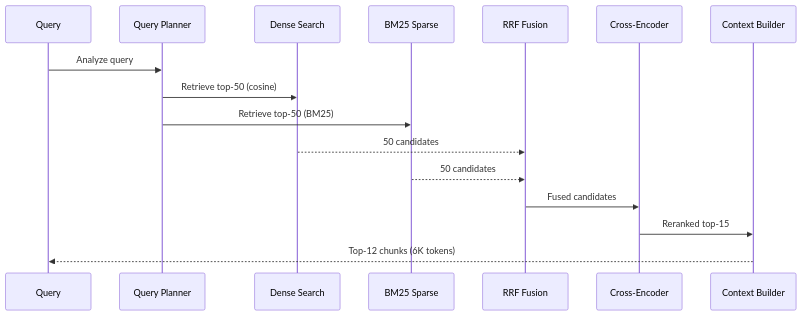
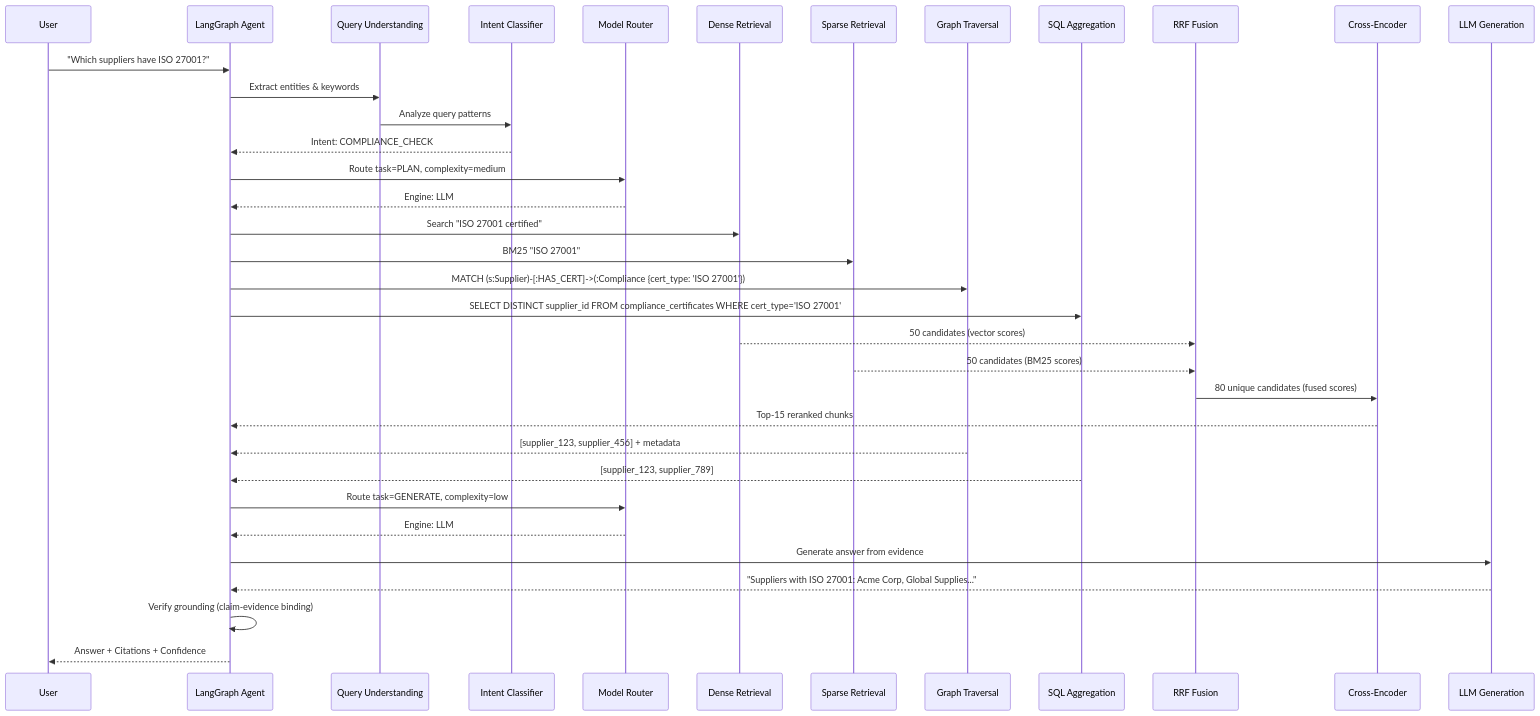
Before and after one commit to Krish-afk-bot/enterprise-procurement-intelligence: the second of 6 diagrams in README.md, drawn with Mermaid. The commit also changed other lines of this file and 1 other file, not shown here.

````diff
--- a/README.md
+++ b/README.md
@@ -209,19 +264,38 @@
 ```mermaid
 sequenceDiagram
-    participant Query
-    participant Plan as Query Planner
-    participant Dense as Dense Search
-    participant Sparse as BM25 Sparse
+    participant User
+    participant Agent as LangGraph Agent
+    participant Understand as Query Understanding
+    participant IntentClass as Intent Classifier
+    participant Router as Model Router
+    participant Dense as Dense Retrieval
+    participant Sparse as Sparse Retrieval
+    participant Graph as Graph Traversal
+    participant SQL as SQL Aggregation
     participant Fusion as RRF Fusion
     participant Rerank as Cross-Encoder
-    participant Context as Context Builder
+    participant LLM as LLM Generation
 
-    Query->>Plan: Analyze query
-    Plan->>Dense: Retrieve top-50 (cosine)
-    Plan->>Sparse: Retrieve top-50 (BM25)
-    Dense-->>Fusion: 50 candidates
-    Sparse-->>Fusion: 50 candidates
-    Fusion->>Rerank: Fused candidates
-    Rerank->>Context: Reranked top-15
-    Context-->>Query: Top-12 chunks (6K tokens)
+    User->>Agent: "Which suppliers have ISO 27001?"
+    Agent->>Understand: Extract entities & keywords
+    Understand->>IntentClass: Analyze query patterns
+    IntentClass-->>Agent: Intent: COMPLIANCE_CHECK
+    Agent->>Router: Route task=PLAN, complexity=medium
+    Router-->>Agent: Engine: LLM
+    Agent->>Dense: Search "ISO 27001 certified"
+    Agent->>Sparse: BM25 "ISO 27001"
+    Agent->>Graph: MATCH (s:Supplier)-[:HAS_CERT]->(:Compliance {cert_type: 'ISO 27001'})
+    Agent->>SQL: SELECT DISTINCT supplier_id FROM compliance_certificates WHERE cert_type='ISO 27001'
+    Dense-->>Fusion: 50 candidates (vector scores)
+    Sparse-->>Fusion: 50 candidates (BM25 scores)
+    Fusion->>Rerank: 80 unique candidates (fused scores)
+    Rerank-->>Agent: Top-15 reranked chunks
+    Graph-->>Agent: [supplier_123, supplier_456] + metadata
+    SQL-->>Agent: [supplier_123, supplier_789]
+    Agent->>Router: Route task=GENERATE, complexity=low
+    Router-->>Agent: Engine: LLM
+    Agent->>LLM: Generate answer from evidence
+    LLM-->>Agent: "Suppliers with ISO 27001: Acme Corp, Global Supplies..."
+    Agent->>Agent: Verify grounding (claim-evidence binding)
+    Agent-->>User: Answer + Citations + Confidence
 ```
````
